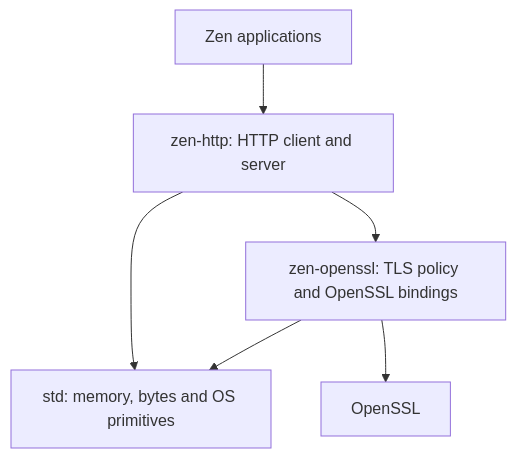
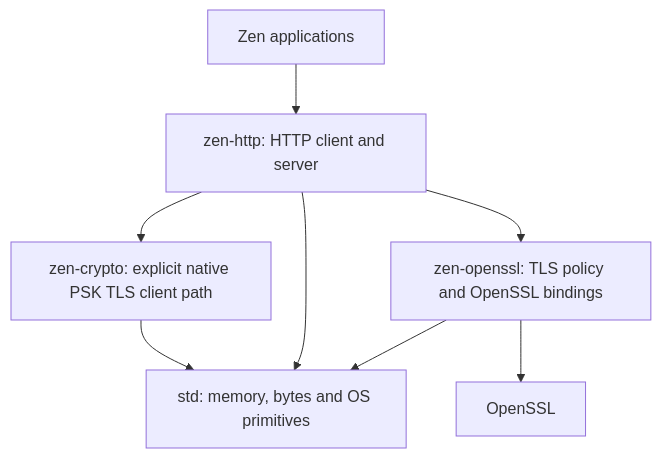
Before and after one commit to lantos1618/zen-http: the diagram in README.md, drawn with Mermaid. The commit also changed other lines of this file and 1 other file, not shown here.

Commit message:
Link native TLS validation and reactor integration plan

````diff
--- a/README.md
+++ b/README.md
@@ -11,8 +11,10 @@
 ```mermaid
 flowchart TD
     app[Zen applications] --> http[zen-http: HTTP client and server]
     http --> tls[zen-openssl: TLS policy and OpenSSL bindings]
+    http --> crypto[zen-crypto: explicit native PSK TLS client path]
+    crypto --> std
     http --> std[std: memory, bytes and OS primitives]
     tls --> std
     tls --> native[OpenSSL]
 ```
````
